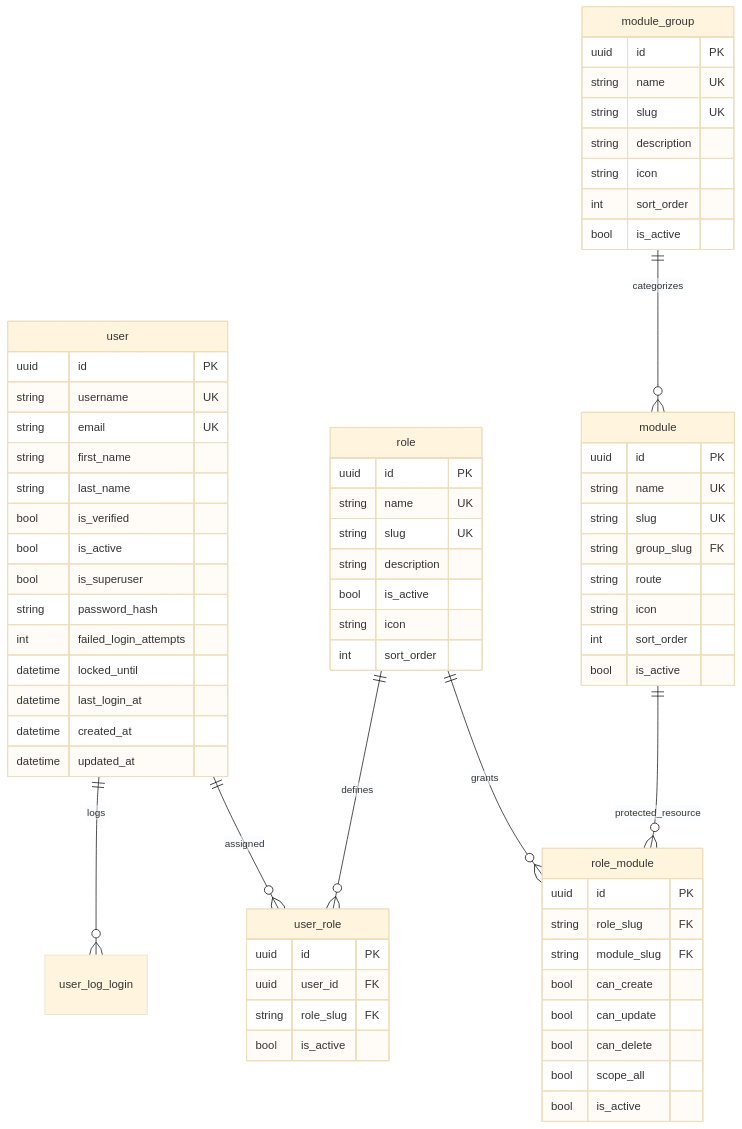
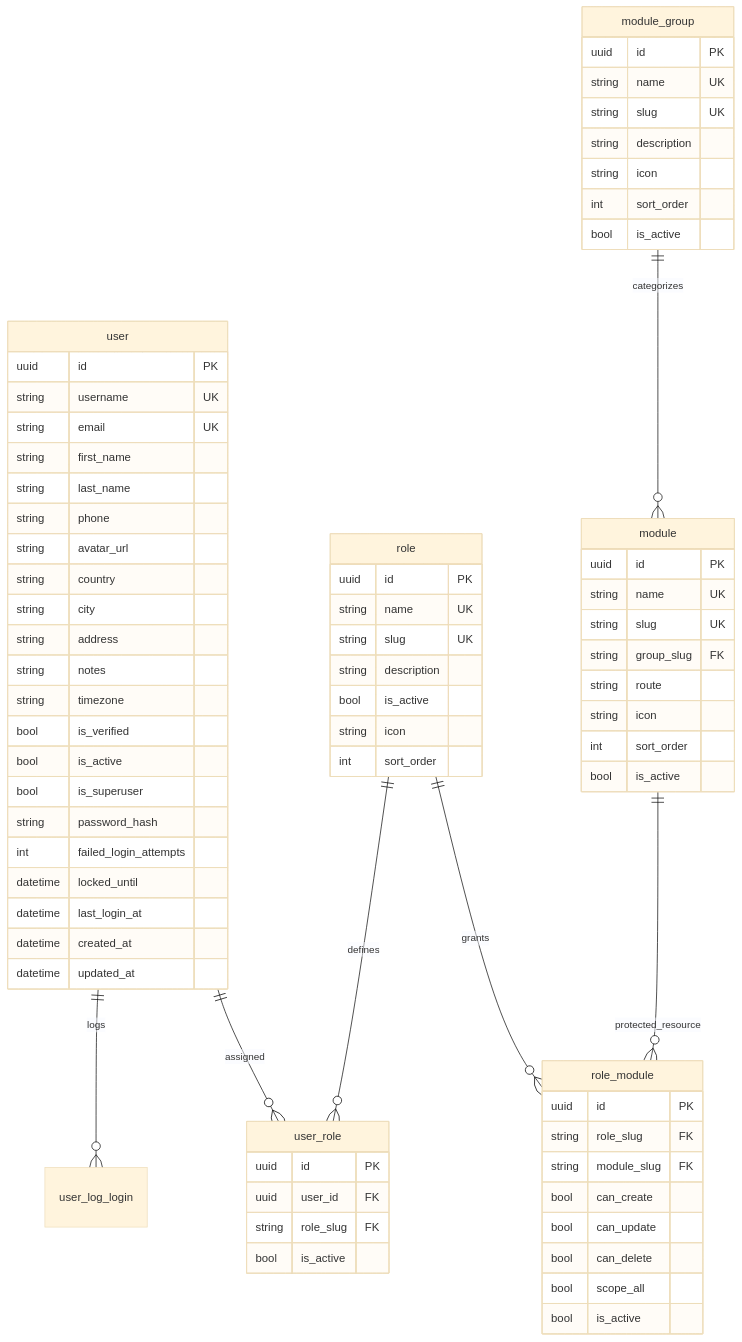
The diagram in docs/CORE_MODULE_GUIDE.md (henrytaby/uyuni-backend-py), drawn with Mermaid (base theme) before and after one commit. The commit also changed other lines of this file and 21 other files, not shown here.

````diff
--- a/docs/CORE_MODULE_GUIDE.md
+++ b/docs/CORE_MODULE_GUIDE.md
@@ -40,75 +40,82 @@
 ```mermaid
 erDiagram
     user ||--o{ user_role : "assigned"
     role ||--o{ user_role : "defines"
     role ||--o{ role_module : "grants"
     module ||--o{ role_module : "protected_resource"
     module_group ||--o{ module : "categorizes"
     user ||--o{ user_log_login : "logs"
 
     user {
         uuid id PK
         string username UK
         string email UK
         string first_name
         string last_name
+        string phone
+        string avatar_url
+        string country
+        string city
+        string address
+        string notes
+        string timezone
         bool is_verified
         bool is_active
         bool is_superuser
         string password_hash
         int failed_login_attempts
         datetime locked_until
         datetime last_login_at
         datetime created_at
         datetime updated_at
     }
 
     role {
         uuid id PK
         string name UK
         string slug UK
         string description
         bool is_active
         string icon
         int sort_order
     }
 
     user_role {
         uuid id PK
         uuid user_id FK
         string role_slug FK
         bool is_active
     }
 
     module_group {
         uuid id PK
         string name UK
         string slug UK
         string description
         string icon
         int sort_order
         bool is_active
     }
 
     module {
         uuid id PK
         string name UK
         string slug UK
         string group_slug FK
         string route
         string icon
         int sort_order
         bool is_active
     }
 
     role_module {
         uuid id PK
         string role_slug FK
         string module_slug FK
         bool can_create
         bool can_update
         bool can_delete
         bool scope_all
         bool is_active
     }
 ```
````
